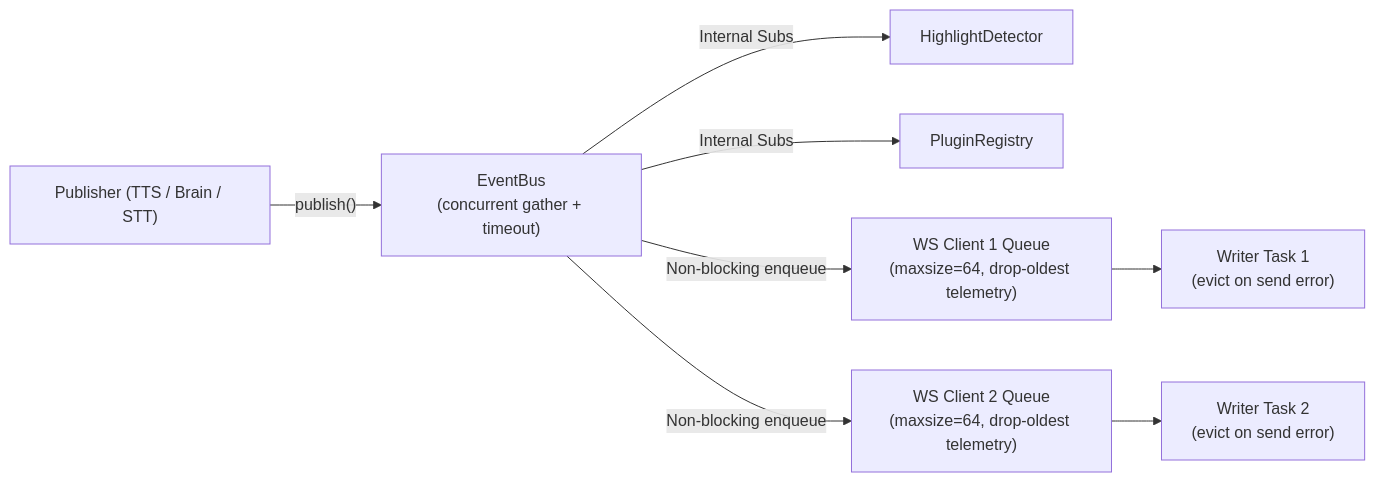
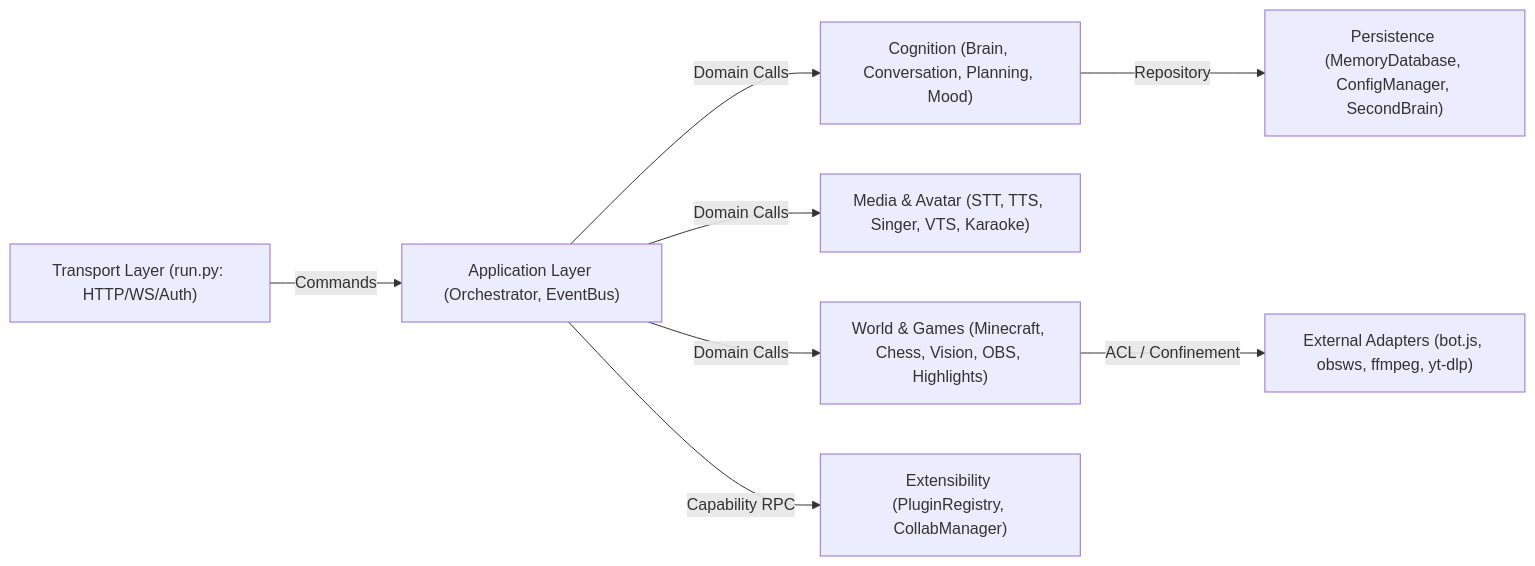
The third of 10 diagrams in strategy/FUTURE_STATE_ARCHITECTURE.md (EvanHaaaaa/MaybeAI), drawn with Mermaid before and after one commit. The commit also changed other lines of this file and 37 other files, not shown here.

````diff
--- a/strategy/FUTURE_STATE_ARCHITECTURE.md
+++ b/strategy/FUTURE_STATE_ARCHITECTURE.md
@@ -67,10 +111,10 @@
 ```mermaid
 flowchart LR
-    Pub["Publisher (TTS / Brain / STT)"] -->|"publish()"| Bus["EventBus\n(concurrent gather + timeout)"]
-    Bus -->|"Internal Subs"| Sub1["HighlightDetector"]
-    Bus -->|"Internal Subs"| Sub2["PluginRegistry"]
-    Bus -->|"Non-blocking enqueue"| Q1["WS Client 1 Queue\n(maxsize=64, drop-oldest telemetry)"]
-    Bus -->|"Non-blocking enqueue"| Q2["WS Client 2 Queue\n(maxsize=64, drop-oldest telemetry)"]
-    Q1 --> W1["Writer Task 1\n(evict on send error)"]
-    Q2 --> W2["Writer Task 2\n(evict on send error)"]
+    API["Transport Layer (run.py: HTTP/WS/Auth)"] -->|"Commands"| App["Application Layer (Orchestrator, EventBus)"]
+    App -->|"Domain Calls"| Cog["Cognition (Brain, Conversation, Planning, Mood)"]
+    App -->|"Domain Calls"| Media["Media & Avatar (STT, TTS, Singer, VTS, Karaoke)"]
+    App -->|"Domain Calls"| World["World & Games (Minecraft, Chess, Vision, OBS, Highlights)"]
+    App -->|"Capability RPC"| Ext["Extensibility (PluginRegistry, CollabManager)"]
+    Cog -->|"Repository"| Store["Persistence (MemoryDatabase, ConfigManager, SecondBrain)"]
+    World -->|"ACL / Confinement"| OT["External Adapters (bot.js, obsws, ffmpeg, yt-dlp)"]
 ```
````
